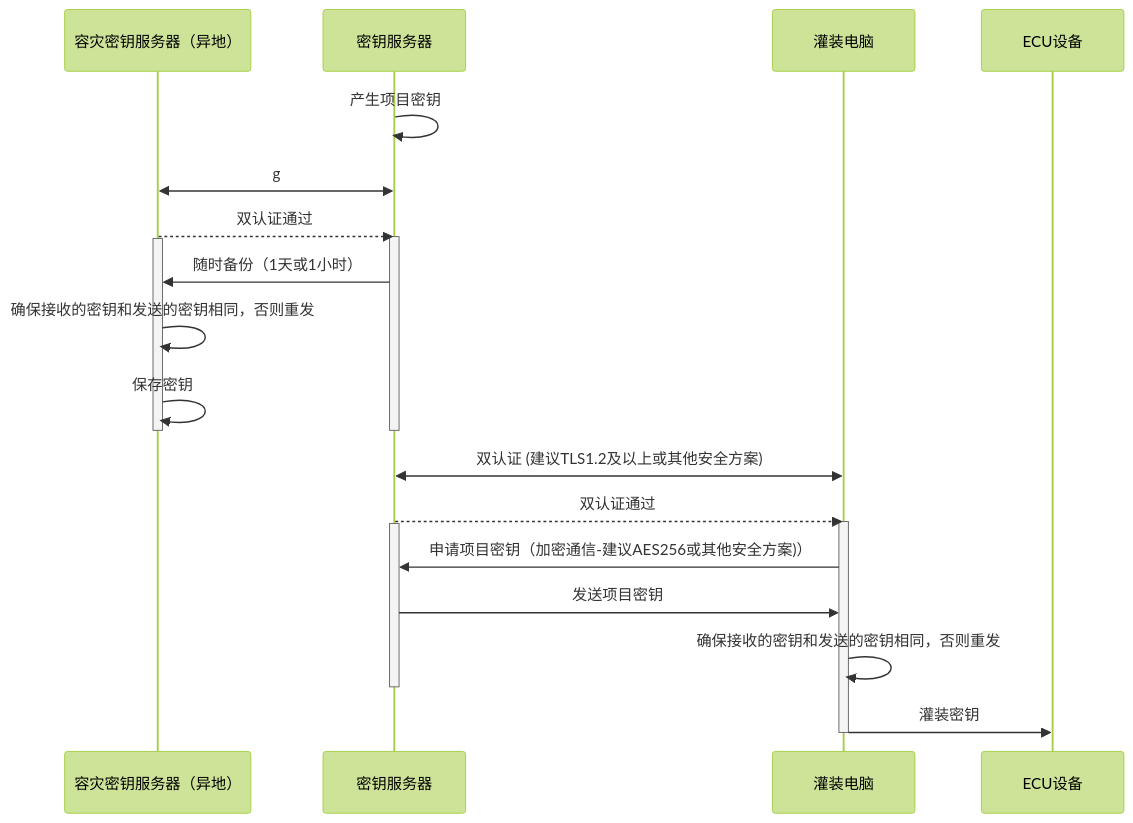
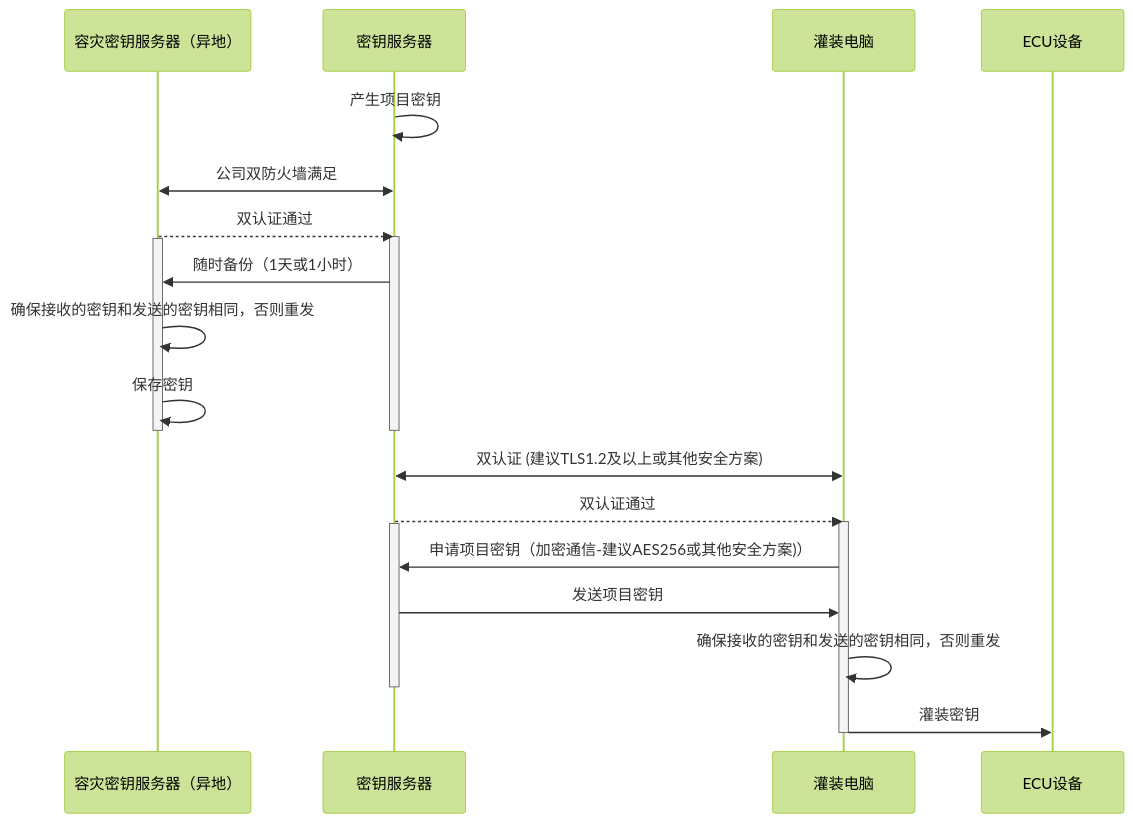
The diagram in all/未命名-15.md (facebook-cloud/iodraw-files), drawn with Mermaid (forest theme) before and after one commit.

Commit message:
2026-02-07 09:45:53 update

````diff
--- a/all/未命名-15.md
+++ b/all/未命名-15.md
@@ -1,32 +1,32 @@
 ```mermaid
 sequenceDiagram
     participant B as 容灾密钥服务器（异地）
     participant A as 密钥服务器
     participant C as 灌装电脑
     participant D as ECU设备
 
     A->>A: 产生项目密钥
-    A<<->>B: g
+    A<<->>B: 公司双防火墙满足
     B-->>A: 双认证通过
     activate A
     activate B
     A->>B: 随时备份（1天或1小时）
 
     B->>B: 确保接收的密钥和发送的密钥相同，否则重发
     B->>B: 保存密钥
     deactivate B
     deactivate A
 
     C<<->>A: 双认证 (建议TLS1.2及以上或其他安全方案)
     A-->>C: 双认证通过
     activate C
     activate A
     C->>A: 申请项目密钥（加密通信-建议AES256或其他安全方案)）
     A->>C: 发送项目密钥
 
     C->>C: 确保接收的密钥和发送的密钥相同，否则重发
     deactivate A
     C->>D: 灌装密钥
     deactivate C
 
 ```
````
